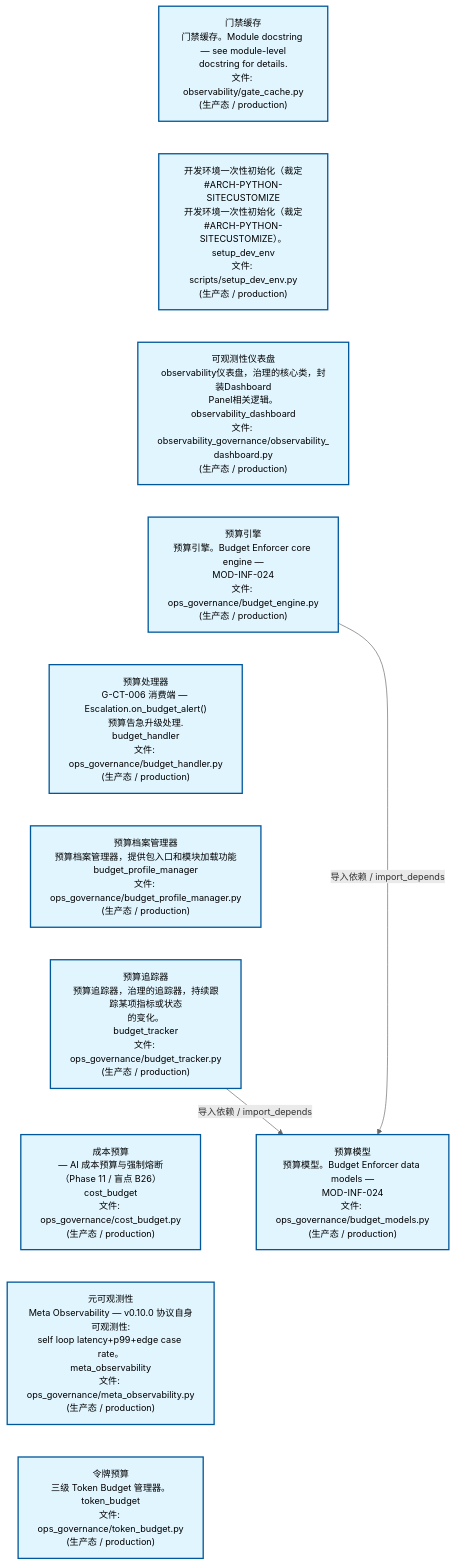
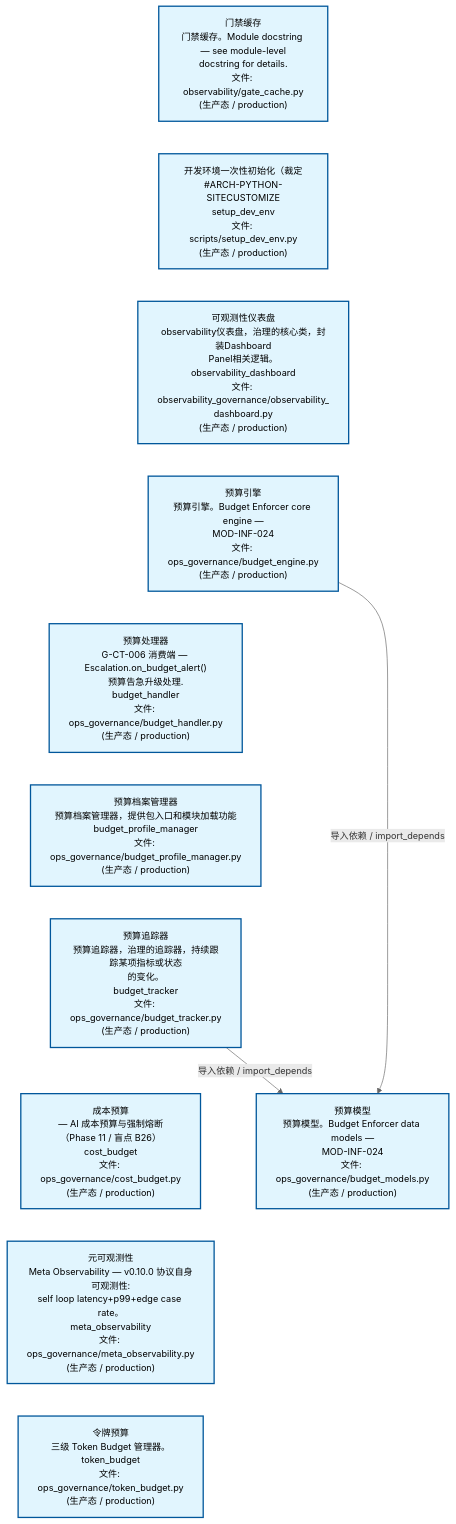
One commit to xuanFelixVan/ZephyrAlpha changed the second of 3 diagrams in docs/02_enterprise_architecture/02_domain_architecture_docs/24_d_ops.md. Above: the diagram before and after it, drawn with Mermaid. The commit also changed other lines of this file and 61 other files, not shown here.

````diff
--- a/docs/02_enterprise_architecture/02_domain_architecture_docs/24_d_ops.md
+++ b/docs/02_enterprise_architecture/02_domain_architecture_docs/24_d_ops.md
@@ -125,31 +127,31 @@
 ```mermaid
 %%{init: {'theme': 'base', 'themeVariables': {'primaryColor': '#eaeaea', 'primaryTextColor': '#333333', 'primaryBorderColor': '#666666', 'lineColor': '#666666', 'secondaryColor': '#eaeaea', 'tertiaryColor': '#eaeaea', 'fontSize': '14px'}}}%%
 flowchart TD
     scripts_governance_observability_gate_cache_py["门禁缓存<br/>门禁缓存。Module docstring — see module-level<br/>docstring for details.<br/>文件: observability/gate_cache.py<br/>(生产态 / production)"]
-    scripts_setup_dev_env_py["开发环境一次性初始化（裁定<br/>#ARCH-PYTHON-SITECUSTOMIZE<br/>开发环境一次性初始化（裁定<br/>#ARCH-PYTHON-SITECUSTOMIZE）。<br/>setup_dev_env<br/>文件: scripts/setup_dev_env.py<br/>(生产态 / production)"]
+    scripts_setup_dev_env_py["开发环境一次性初始化（裁定<br/>#ARCH-PYTHON-SITECUSTOMIZE<br/>setup_dev_env<br/>文件: scripts/setup_dev_env.py<br/>(生产态 / production)"]
     src_zephyr_governance_observability_governance_observability_dashboard_py["可观测性仪表盘<br/>observability仪表盘，治理的核心类，封装Dashboard<br/>Panel相关逻辑。<br/>observability_dashboard<br/>文件: observability_governance/observability_<br/>dashboard.py<br/>(生产态 / production)"]
     src_zephyr_governance_ops_governance_budget_engine_py["预算引擎<br/>预算引擎。Budget Enforcer core engine —<br/>MOD-INF-024<br/>文件: ops_governance/budget_engine.py<br/>(生产态 / production)"]
     src_zephyr_governance_ops_governance_budget_handler_py["预算处理器<br/>G-CT-006 消费端 — Escalation.on_budget_alert()<br/>预算告急升级处理.<br/>budget_handler<br/>文件: ops_governance/budget_handler.py<br/>(生产态 / production)"]
     src_zephyr_governance_ops_governance_budget_profile_manager_py["预算档案管理器<br/>预算档案管理器，提供包入口和模块加载功能<br/>budget_profile_manager<br/>文件: ops_governance/budget_profile_manager.py<br/>(生产态 / production)"]
     src_zephyr_governance_ops_governance_budget_tracker_py["预算追踪器<br/>预算追踪器，治理的追踪器，持续跟踪某项指标或状态<br/>的变化。<br/>budget_tracker<br/>文件: ops_governance/budget_tracker.py<br/>(生产态 / production)"]
     src_zephyr_governance_ops_governance_cost_budget_py["成本预算<br/>— AI 成本预算与强制熔断（Phase 11 / 盲点 B26）<br/>cost_budget<br/>文件: ops_governance/cost_budget.py<br/>(生产态 / production)"]
     src_zephyr_governance_ops_governance_meta_observability_py["元可观测性<br/>Meta Observability — v0.10.0 协议自身可观测性:<br/>self loop latency+p99+edge case rate。<br/>meta_observability<br/>文件: ops_governance/meta_observability.py<br/>(生产态 / production)"]
     src_zephyr_governance_ops_governance_token_budget_py["令牌预算<br/>三级 Token Budget 管理器。<br/>token_budget<br/>文件: ops_governance/token_budget.py<br/>(生产态 / production)"]
     scripts_governance_observability_gate_cache_py ~~~ scripts_setup_dev_env_py
     scripts_setup_dev_env_py ~~~ src_zephyr_governance_observability_governance_observability_dashboard_py
     src_zephyr_governance_observability_governance_observability_dashboard_py ~~~ src_zephyr_governance_ops_governance_budget_engine_py
     src_zephyr_governance_ops_governance_budget_engine_py ~~~ src_zephyr_governance_ops_governance_budget_handler_py
     src_zephyr_governance_ops_governance_budget_handler_py ~~~ src_zephyr_governance_ops_governance_budget_profile_manager_py
     src_zephyr_governance_ops_governance_budget_profile_manager_py ~~~ src_zephyr_governance_ops_governance_budget_tracker_py
     src_zephyr_governance_ops_governance_budget_tracker_py ~~~ src_zephyr_governance_ops_governance_cost_budget_py
     src_zephyr_governance_ops_governance_cost_budget_py ~~~ src_zephyr_governance_ops_governance_meta_observability_py
     src_zephyr_governance_ops_governance_meta_observability_py ~~~ src_zephyr_governance_ops_governance_token_budget_py
     src_zephyr_governance_ops_governance_budget_models_py["预算模型<br/>预算模型。Budget Enforcer data models —<br/>MOD-INF-024<br/>文件: ops_governance/budget_models.py<br/>(生产态 / production)"]
     src_zephyr_governance_ops_governance_budget_engine_py -->|导入依赖 / import_depends| src_zephyr_governance_ops_governance_budget_models_py
     src_zephyr_governance_ops_governance_budget_tracker_py -->|导入依赖 / import_depends| src_zephyr_governance_ops_governance_budget_models_py
     classDef production fill:#e1f5fe,stroke:#01579b,stroke-width:2px,color:#000
     classDef design fill:#fff3e0,stroke:#e65100,stroke-width:2px,color:#000,stroke-dasharray: 5 5
     classDef external_prod fill:#e8f4fd,stroke:#0277bd,stroke-width:1px,color:#000
     classDef external_design fill:#fff8e7,stroke:#ef6c00,stroke-width:1px,color:#000,stroke-dasharray: 5 5
     class scripts_governance_observability_gate_cache_py,scripts_setup_dev_env_py,src_zephyr_governance_observability_governance_observability_dashboard_py,src_zephyr_governance_ops_governance_budget_engine_py,src_zephyr_governance_ops_governance_budget_handler_py,src_zephyr_governance_ops_governance_budget_models_py,src_zephyr_governance_ops_governance_budget_profile_manager_py,src_zephyr_governance_ops_governance_budget_tracker_py,src_zephyr_governance_ops_governance_cost_budget_py,src_zephyr_governance_ops_governance_meta_observability_py,src_zephyr_governance_ops_governance_token_budget_py production
 ```
````
